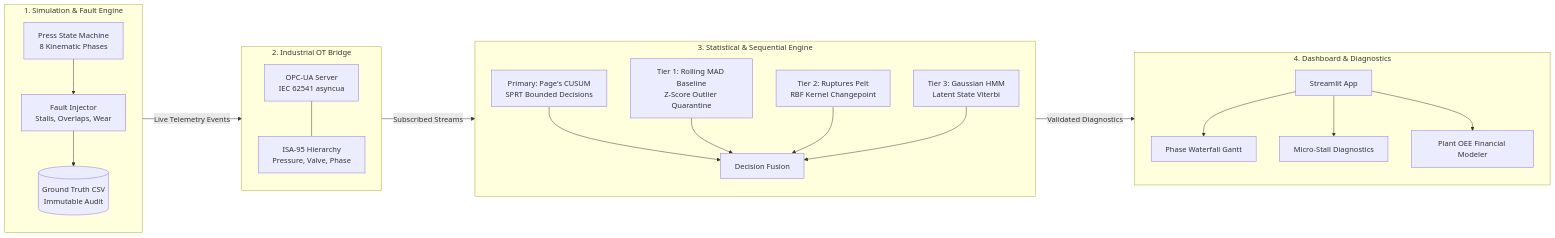
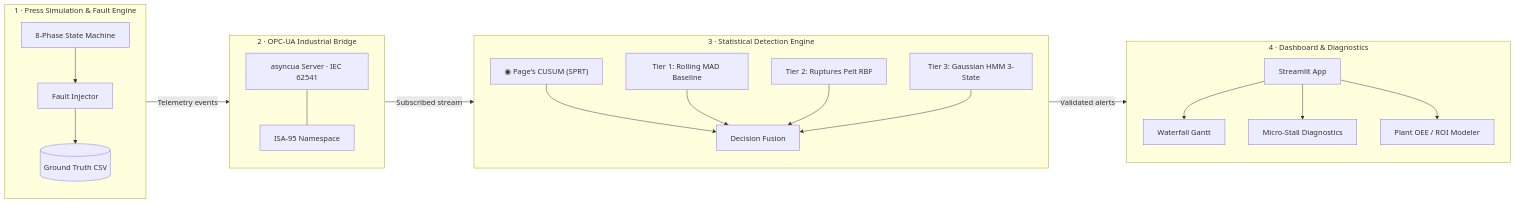
The diagram in README.md (realruneett01/Dead-Cycle-Timer-optimizer), drawn with Mermaid before and after one commit. The commit also changed other lines of this file and 2 other files, not shown here.

Commit message:
docs: animated SVG header and pipeline diagram, full README rewrite with architecture and all live metrics

````diff
--- a/README.md
+++ b/README.md
@@ -54,35 +71,30 @@
 ```mermaid
 flowchart LR
-    subgraph S1["1. Simulation & Fault Engine"]
-        SM[Press State Machine<br/>8 Kinematic Phases]
-        INJ[Fault Injector<br/>Stalls, Overlaps, Wear]
-        GT[(Ground Truth CSV<br/>Immutable Audit)]
-        SM --> INJ --> GT
+    subgraph S1["1 · Press Simulation & Fault Engine"]
+        SM[8-Phase State Machine] --> INJ[Fault Injector]
+        INJ --> GT[(Ground Truth CSV)]
     end
-
-    subgraph S2["2. Industrial OT Bridge"]
-        SRV[OPC-UA Server<br/>IEC 62541 asyncua]
-        TAG[ISA-95 Hierarchy<br/>Pressure, Valve, Phase]
+    subgraph S2["2 · OPC-UA Industrial Bridge"]
+        SRV[asyncua Server · IEC 62541]
+        TAG[ISA-95 Namespace]
         SRV --- TAG
     end
-
-    subgraph S3["3. Statistical & Sequential Engine"]
-        CUS[Primary: Page's CUSUM<br/>SPRT Bounded Decisions]
-        ZSC[Tier 1: Rolling MAD Baseline<br/>Z-Score Outlier Quarantine]
-        CPD[Tier 2: Ruptures Pelt<br/>RBF Kernel Changepoint]
-        HMM[Tier 3: Gaussian HMM<br/>Latent State Viterbi]
-        CUS & ZSC & CPD & HMM --> FUS[Decision Fusion]
+    subgraph S3["3 · Statistical Detection Engine"]
+        CUS["◉ Page's CUSUM (SPRT)"]
+        ZSC[Tier 1: Rolling MAD Baseline]
+        CPD[Tier 2: Ruptures Pelt RBF]
+        HMM[Tier 3: Gaussian HMM 3-State]
+        FUS[Decision Fusion]
+        CUS & ZSC & CPD & HMM --> FUS
     end
-
-    subgraph S4["4. Dashboard & Diagnostics"]
+    subgraph S4["4 · Dashboard & Diagnostics"]
         UI[Streamlit App]
-        WF[Phase Waterfall Gantt]
+        WF[Waterfall Gantt]
         DG[Micro-Stall Diagnostics]
-        ROI[Plant OEE Financial Modeler]
+        ROI[Plant OEE / ROI Modeler]
         UI --> WF & DG & ROI
     end
-
-    S1 -->|Live Telemetry Events| S2
-    S2 -->|Subscribed Streams| S3
-    S3 -->|Validated Diagnostics| S4
+    S1 -->|Telemetry events| S2
+    S2 -->|Subscribed stream| S3
+    S3 -->|Validated alerts| S4
 ```
````
